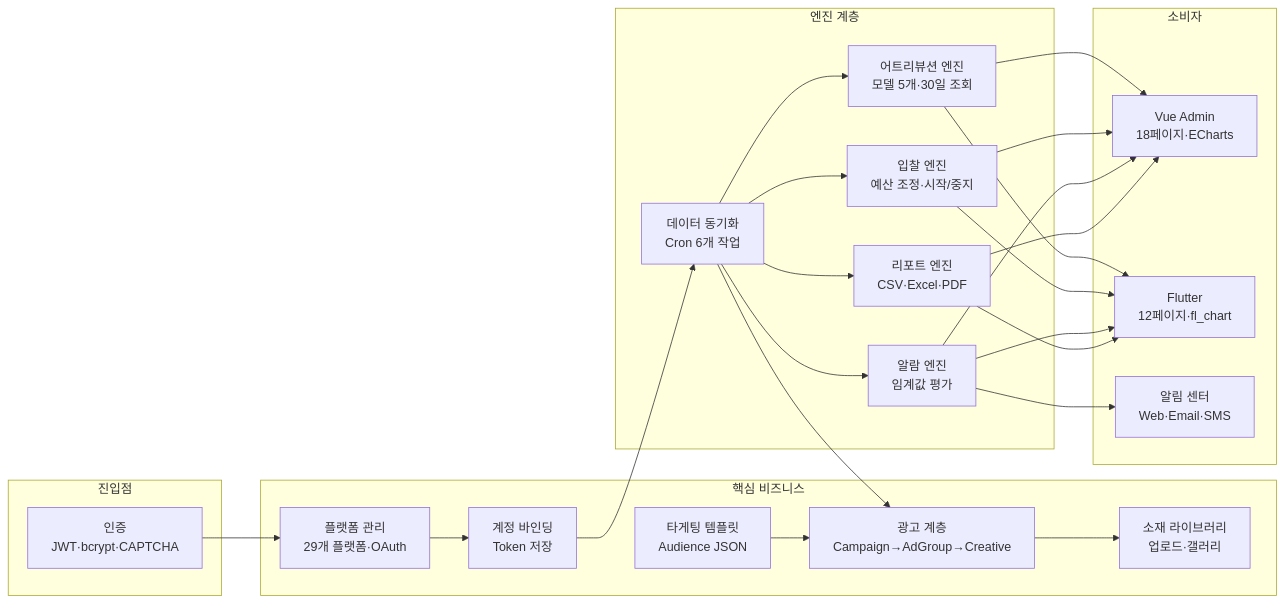
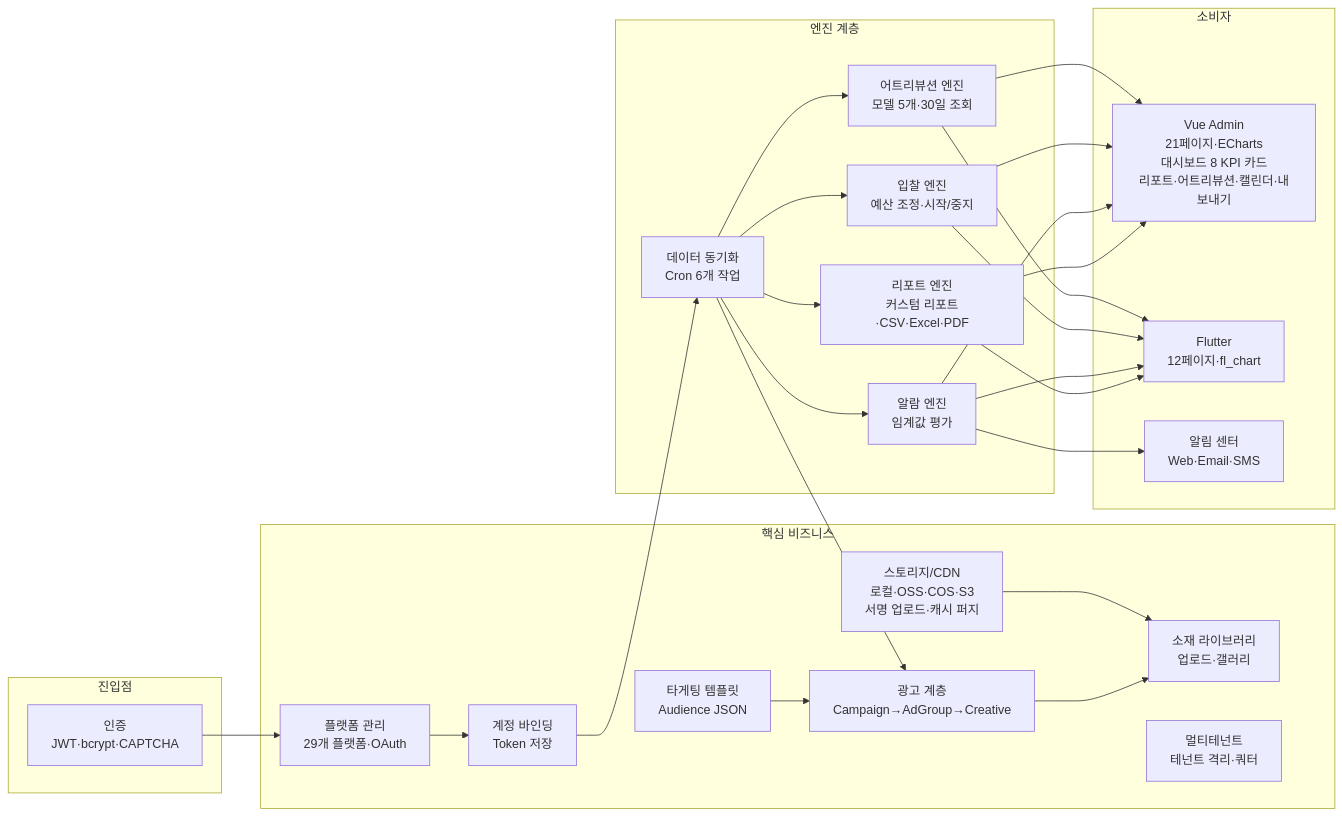
One commit to erikwang2013/ads-php changed the diagram in docs/diagrams/svg/functional-modules.ko.mmd. Above: the diagram before and after it, drawn with Mermaid. The commit also changed 64 other files, not shown here.

First line of the commit message:
docs(usage): 使用说明文档 ×13 语言 + 功能模块图更新 + README 使用说明链接

```diff
--- a/docs/diagrams/svg/functional-modules.ko.mmd
+++ b/docs/diagrams/svg/functional-modules.ko.mmd
@@ -1,29 +1,32 @@
 graph LR
     subgraph Entry["진입점"]
         A1["인증<br/>JWT·bcrypt·CAPTCHA"]
     end
     subgraph Core["핵심 비즈니스"]
         B1["플랫폼 관리<br/>29개 플랫폼·OAuth"]
         B2["계정 바인딩<br/>Token 저장"]
         B3["광고 계층<br/>Campaign→AdGroup→Creative"]
         B4["소재 라이브러리<br/>업로드·갤러리"]
         B5["타게팅 템플릿<br/>Audience JSON"]
+        B6["스토리지/CDN<br/>로컬·OSS·COS·S3<br/>서명 업로드·캐시 퍼지"]
+        B7["멀티테넌트<br/>테넌트 격리·쿼터"]
     end
     subgraph Engine["엔진 계층"]
         C1["데이터 동기화<br/>Cron 6개 작업"]
-        C2["리포트 엔진<br/>CSV·Excel·PDF"]
+        C2["리포트 엔진<br/>커스텀 리포트·CSV·Excel·PDF"]
         C3["알람 엔진<br/>임계값 평가"]
         C4["입찰 엔진<br/>예산 조정·시작/중지"]
         C5["어트리뷰션 엔진<br/>모델 5개·30일 조회"]
     end
     subgraph Endpoint["소비자"]
-        D1["Vue Admin<br/>18페이지·ECharts"]
+        D1["Vue Admin<br/>21페이지·ECharts<br/>대시보드 8 KPI 카드<br/>리포트·어트리뷰션·캘린더·내보내기"]
         D2["Flutter<br/>12페이지·fl_chart"]
         D3["알림 센터<br/>Web·Email·SMS"]
     end
     A1 --> B1 --> B2 --> C1
     C1 --> B3 --> B4
     B5 --> B3
+    B6 --> B4
     C1 --> C2 & C3 & C4 & C5
     C2 & C3 & C4 & C5 --> D1 & D2
     C3 --> D3
```
